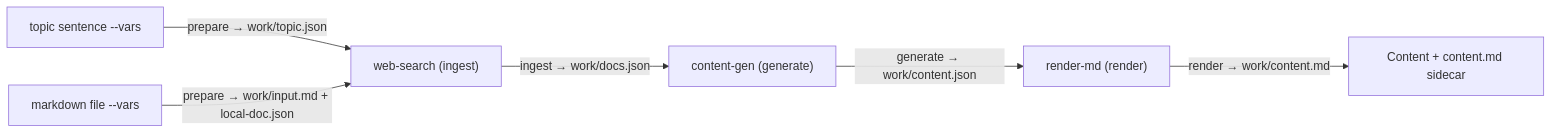
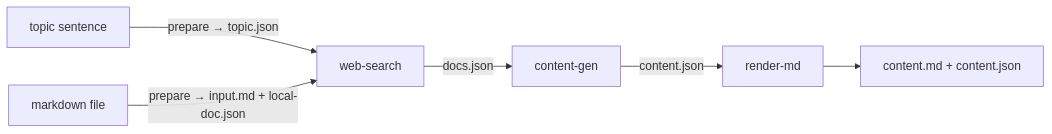
One commit to gobing-ai/knowledge-kit changed the first of 2 diagrams in docs/help/storm-topic-research-workflow.md. Above: the diagram before and after it, drawn with Mermaid. The commit also changed other lines of this file and 10 other files, not shown here.

````diff
--- a/docs/help/storm-topic-research-workflow.md
+++ b/docs/help/storm-topic-research-workflow.md
@@ -11,8 +10,8 @@
 ```mermaid
 flowchart LR
-    T["topic sentence --vars"] -->|"prepare → work/topic.json"| W["web-search (ingest)"]
-    F["markdown file --vars"] -->|"prepare → work/input.md + local-doc.json"| W
-    W -->|"ingest → work/docs.json"| G["content-gen (generate)"]
-    G -->|"generate → work/content.json"| R["render-md (render)"]
-    R -->|"render → work/content.md"| C["Content + content.md sidecar"]
+    T["topic sentence"] -->|"prepare → topic.json"| W["web-search"]
+    F["markdown file"] -->|"prepare → input.md + local-doc.json"| W
+    W -->|"docs.json"| G["content-gen"]
+    G -->|"content.json"| R["render-md"]
+    R --> C["content.md + content.json"]
 ```
````
